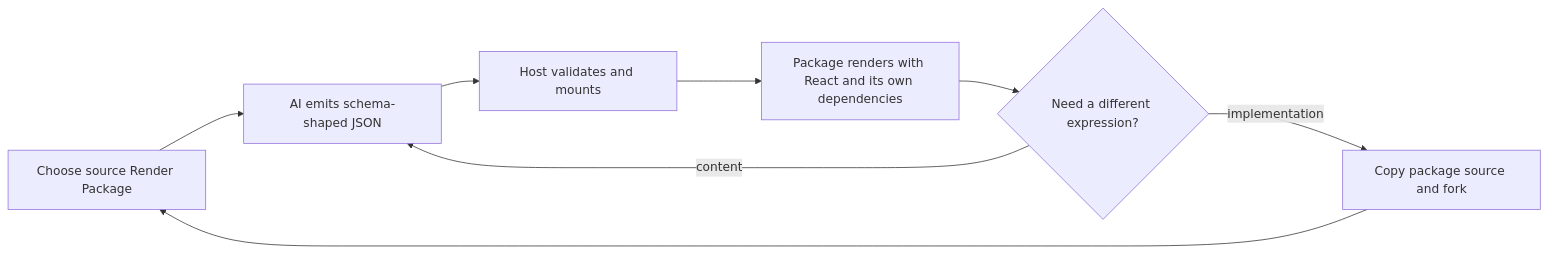
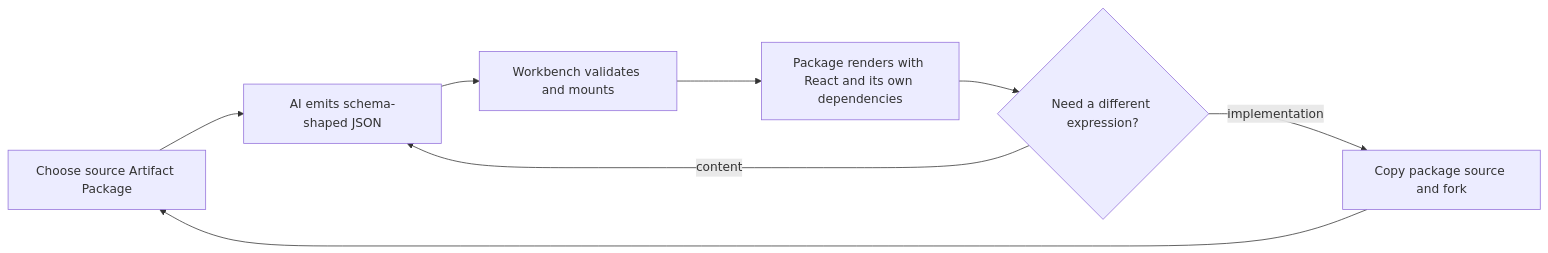
One commit to MivoAI/open-artifacts changed the diagram in docs/product-brief.md. Above: the diagram before and after it, drawn with Mermaid. The commit also changed other lines of this file and 43 other files, not shown here.

Commit message:
refactor: adopt Artifact Package vocabulary (#2)

````diff
--- a/docs/product-brief.md
+++ b/docs/product-brief.md
@@ -27,10 +27,10 @@
 ```mermaid
 flowchart LR
-    A[Choose source Render Package] --> B[AI emits schema-shaped JSON]
-    B --> C[Host validates and mounts]
+    A[Choose source Artifact Package] --> B[AI emits schema-shaped JSON]
+    B --> C[Workbench validates and mounts]
     C --> D[Package renders with React and its own dependencies]
     D --> E{Need a different expression?}
     E -->|content| B
     E -->|implementation| F[Copy package source and fork]
     F --> A
 ```
````
